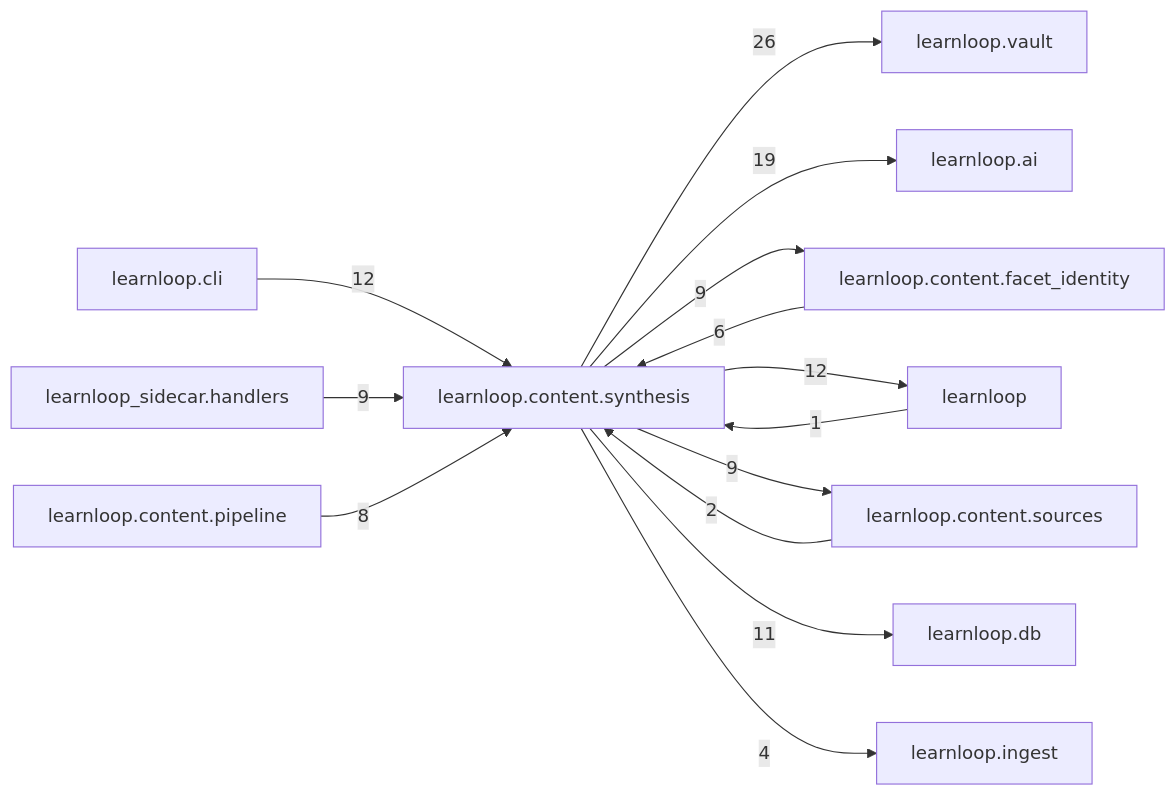
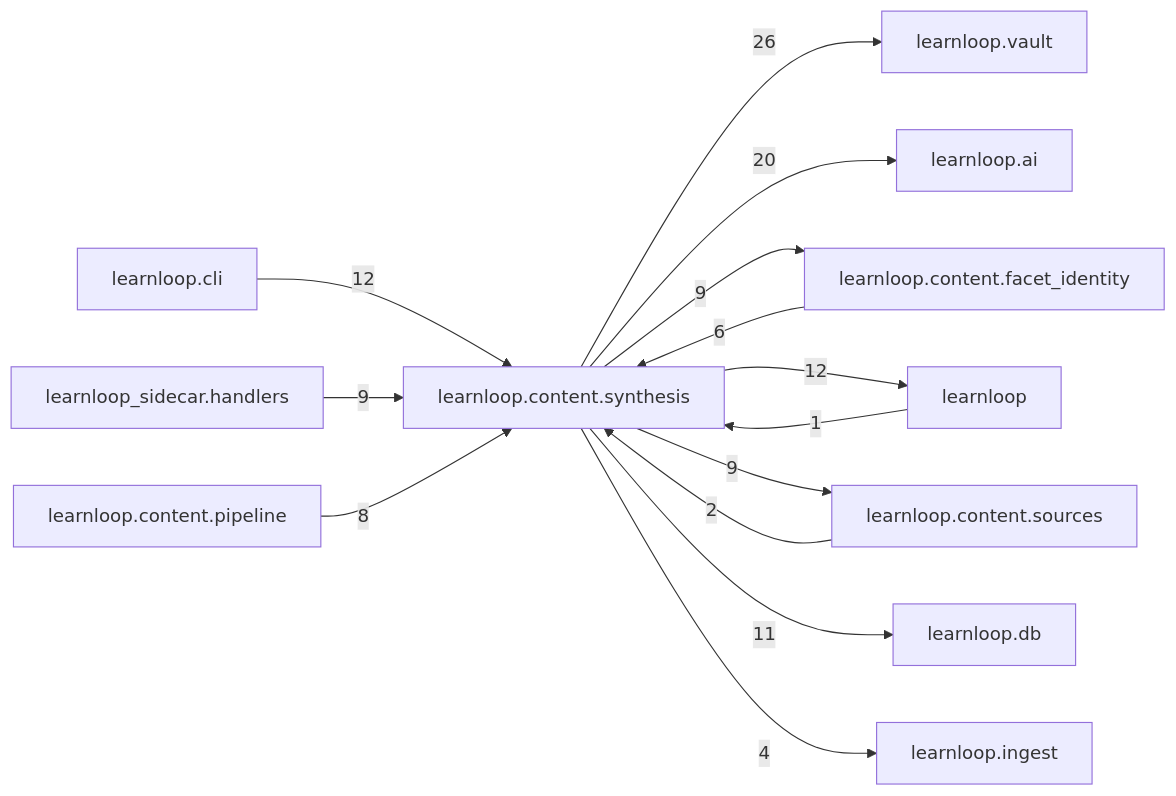
Before and after one commit to 6up-b/learnanything: the diagram in docs/learnloop-architecture-vault/Reference/Modules/learnloop/content/synthesis/_package.md, drawn with Mermaid. The commit also changed other lines of this file and 26 other files, not shown here.

````diff
--- a/docs/learnloop-architecture-vault/Reference/Modules/learnloop/content/synthesis/_package.md
+++ b/docs/learnloop-architecture-vault/Reference/Modules/learnloop/content/synthesis/_package.md
@@ -122,27 +122,27 @@
 ```mermaid
 flowchart LR
     center["learnloop.content.synthesis"]
     n_learnloop_vault["learnloop.vault"]
     n_learnloop_ai["learnloop.ai"]
     n_learnloop_content_facet_identity["learnloop.content.facet_identity"]
     n_learnloop["learnloop"]
     n_learnloop_cli["learnloop.cli"]
     n_learnloop_content_sources["learnloop.content.sources"]
     n_learnloop_db["learnloop.db"]
     n_learnloop_sidecar_handlers["learnloop_sidecar.handlers"]
     n_learnloop_content_pipeline["learnloop.content.pipeline"]
     n_learnloop_ingest["learnloop.ingest"]
     center -->|26| n_learnloop_vault
-    center -->|19| n_learnloop_ai
+    center -->|20| n_learnloop_ai
     n_learnloop_content_facet_identity -->|6| center
     center -->|9| n_learnloop_content_facet_identity
     n_learnloop -->|1| center
     center -->|12| n_learnloop
     n_learnloop_cli -->|12| center
     n_learnloop_content_sources -->|2| center
     center -->|9| n_learnloop_content_sources
     center -->|11| n_learnloop_db
     n_learnloop_sidecar_handlers -->|9| center
     n_learnloop_content_pipeline -->|8| center
     center -->|4| n_learnloop_ingest
 ```
````
